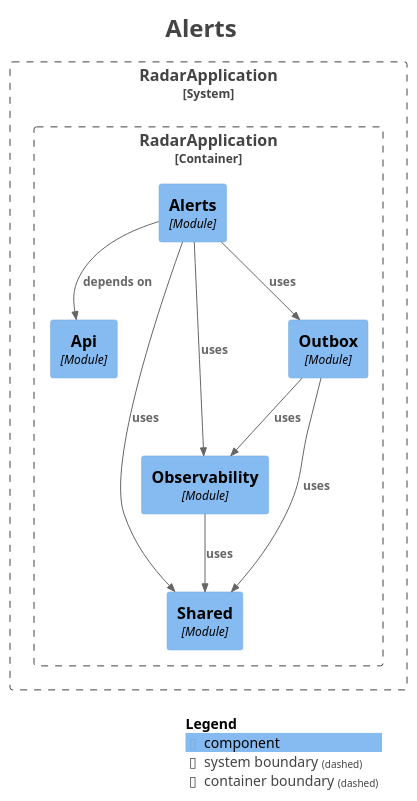
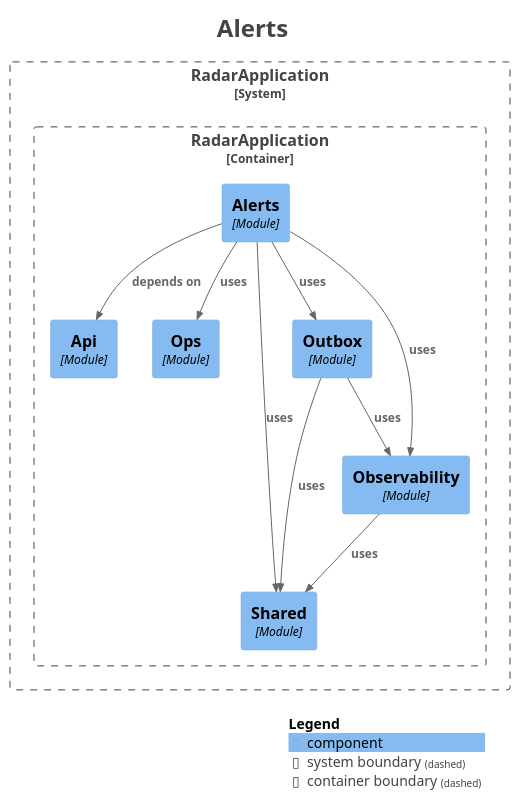
The diagram in docs/modules/module-alerts.puml (MiguelSanzBr/radar-licitacoes), drawn with PlantUML before and after one commit. The commit also changed 118 other files, not shown here.

```diff
--- a/docs/modules/module-alerts.puml
+++ b/docs/modules/module-alerts.puml
@@ -1,39 +1,41 @@
 @startuml
 title <size:24>Alerts</size>
 
 set separator none
 top to bottom direction
 
 <style>
   root {
     BackgroundColor: #ffffff
     FontColor: #444444
   }
 </style>
 
 !include <C4/C4>
 !include <C4/C4_Context>
 !include <C4/C4_Component>
 
 System_Boundary("RadarApplication_boundary", "RadarApplication", $tags="") {
   Container_Boundary("RadarApplication.RadarApplication_boundary", "RadarApplication", $tags="") {
+    Component(RadarApplication.RadarApplication.Alerts, "Alerts", $techn="Module", $descr="", $tags="", $link="")
     Component(RadarApplication.RadarApplication.Api, "Api", $techn="Module", $descr="", $tags="", $link="")
+    Component(RadarApplication.RadarApplication.Ops, "Ops", $techn="Module", $descr="", $tags="", $link="")
     Component(RadarApplication.RadarApplication.Shared, "Shared", $techn="Module", $descr="", $tags="", $link="")
     Component(RadarApplication.RadarApplication.Observability, "Observability", $techn="Module", $descr="", $tags="", $link="")
     Component(RadarApplication.RadarApplication.Outbox, "Outbox", $techn="Module", $descr="", $tags="", $link="")
-    Component(RadarApplication.RadarApplication.Alerts, "Alerts", $techn="Module", $descr="", $tags="", $link="")
   }
 
 }
 
+Rel(RadarApplication.RadarApplication.Observability, RadarApplication.RadarApplication.Shared, "uses", $techn="", $tags="", $link="")
+Rel(RadarApplication.RadarApplication.Outbox, RadarApplication.RadarApplication.Shared, "uses", $techn="", $tags="", $link="")
+Rel(RadarApplication.RadarApplication.Outbox, RadarApplication.RadarApplication.Observability, "uses", $techn="", $tags="", $link="")
 Rel(RadarApplication.RadarApplication.Alerts, RadarApplication.RadarApplication.Api, "depends on", $techn="", $tags="", $link="")
 Rel(RadarApplication.RadarApplication.Alerts, RadarApplication.RadarApplication.Observability, "uses", $techn="", $tags="", $link="")
+Rel(RadarApplication.RadarApplication.Alerts, RadarApplication.RadarApplication.Ops, "uses", $techn="", $tags="", $link="")
 Rel(RadarApplication.RadarApplication.Alerts, RadarApplication.RadarApplication.Outbox, "uses", $techn="", $tags="", $link="")
 Rel(RadarApplication.RadarApplication.Alerts, RadarApplication.RadarApplication.Shared, "uses", $techn="", $tags="", $link="")
-Rel(RadarApplication.RadarApplication.Outbox, RadarApplication.RadarApplication.Shared, "uses", $techn="", $tags="", $link="")
-Rel(RadarApplication.RadarApplication.Outbox, RadarApplication.RadarApplication.Observability, "uses", $techn="", $tags="", $link="")
-Rel(RadarApplication.RadarApplication.Observability, RadarApplication.RadarApplication.Shared, "uses", $techn="", $tags="", $link="")
 
 SHOW_LEGEND(true)
 hide stereotypes
 @enduml
```
